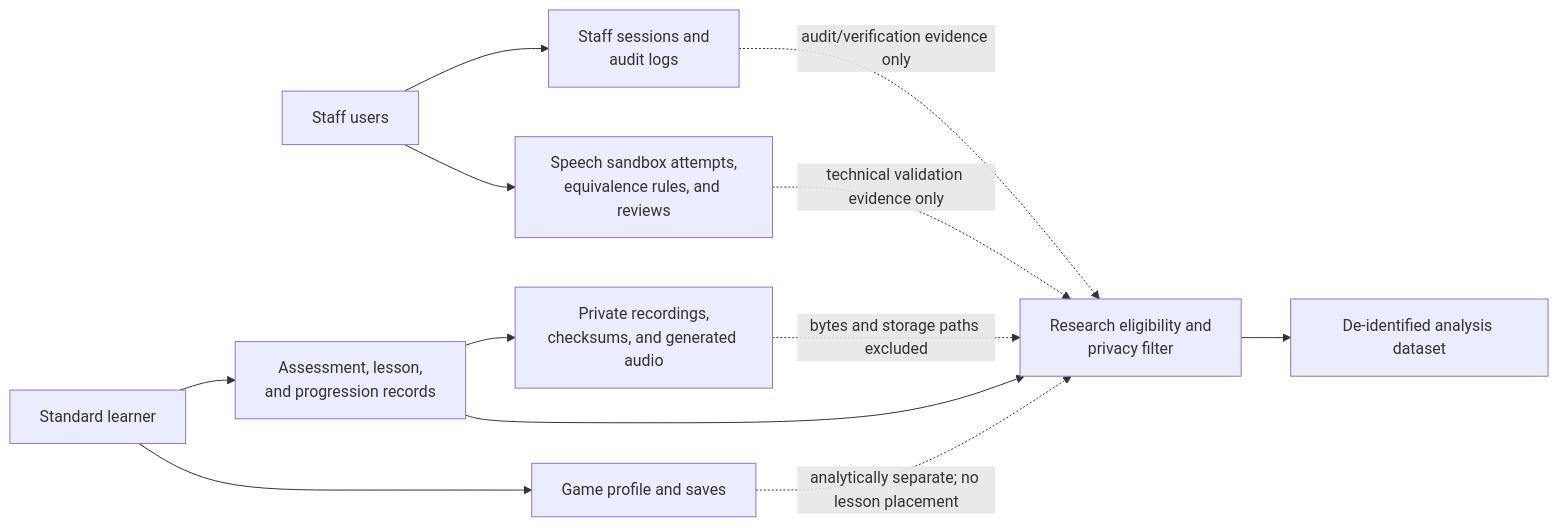
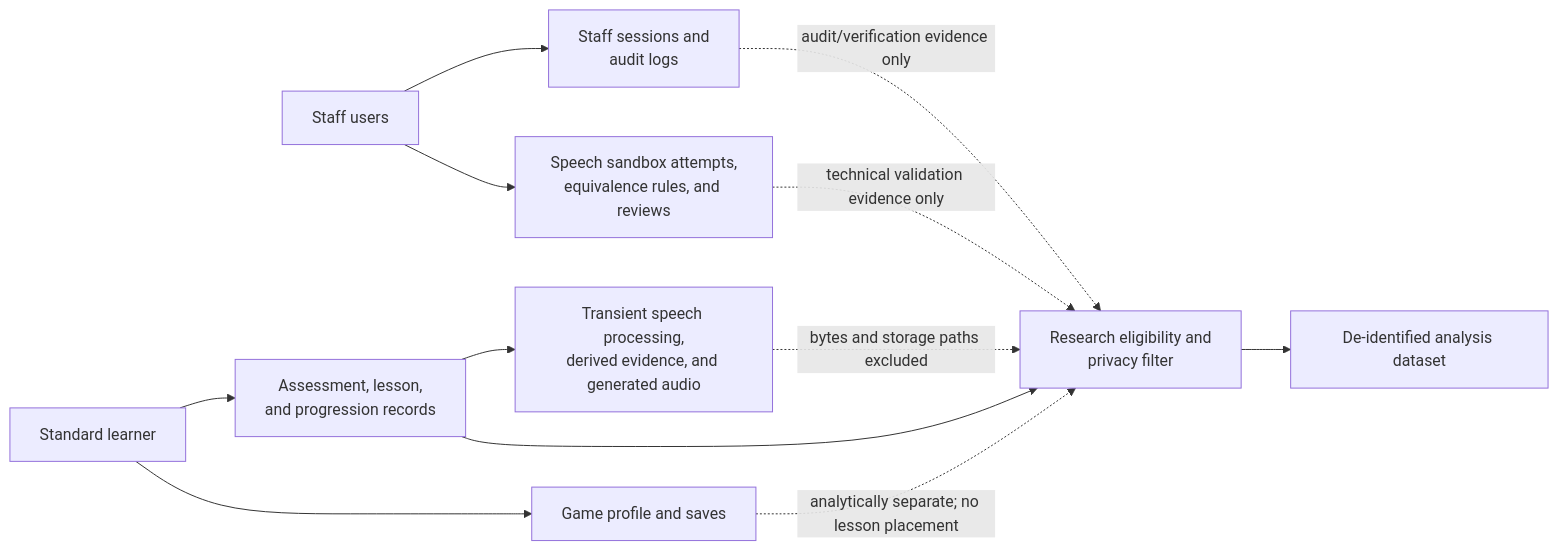
Before and after one commit to mendezjerick/ReaDirect-V2: the third of 6 diagrams in docs/CHAPTER_3_ASCII_FIGURES_4_TO_6.md, drawn with Mermaid. The commit also changed other lines of this file and 48 other files, not shown here.

````diff
--- a/docs/CHAPTER_3_ASCII_FIGURES_4_TO_6.md
+++ b/docs/CHAPTER_3_ASCII_FIGURES_4_TO_6.md
@@ -237,26 +237,26 @@
 ```mermaid
 flowchart LR
     STAFF["Staff users"]
     LEARNER["Standard learner"]
     ACADEMIC["Assessment, lesson,<br/>and progression records"]
     SECURITY["Staff sessions and<br/>audit logs"]
     SPEECH["Speech sandbox attempts,<br/>equivalence rules, and reviews"]
     GAME["Game profile and saves"]
-    PRIVATE["Private recordings,<br/>checksums, and generated audio"]
+    PRIVATE["Transient speech processing,<br/>derived evidence, and generated audio"]
     FILTER["Research eligibility and<br/>privacy filter"]
     DATASET["De-identified analysis dataset"]
 
     STAFF --> SECURITY
     STAFF --> SPEECH
     LEARNER --> ACADEMIC
     LEARNER --> GAME
     ACADEMIC --> PRIVATE
 
     ACADEMIC --> FILTER
     SPEECH -. "technical validation evidence only" .-> FILTER
     SECURITY -. "audit/verification evidence only" .-> FILTER
     GAME -. "analytically separate; no lesson placement" .-> FILTER
     PRIVATE -. "bytes and storage paths excluded" .-> FILTER
 
     FILTER --> DATASET
 ```
````
